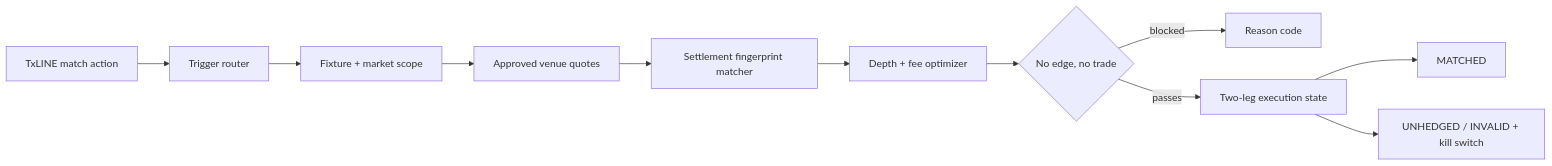
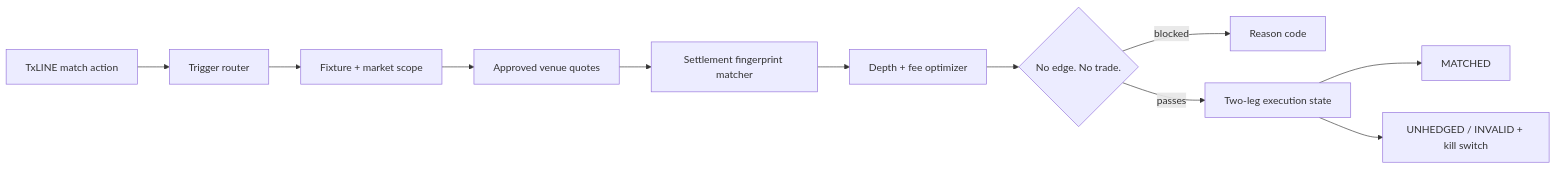
The diagram in README.md (Marcussy34/txBet), drawn with Mermaid before and after one commit. The commit also changed other lines of this file and 27 other files, not shown here.

````diff
--- a/README.md
+++ b/README.md
@@ -171,13 +171,13 @@
 ```mermaid
 flowchart LR
   T[TxLINE match action] --> R[Trigger router]
   R --> S[Fixture + market scope]
   S --> V[Approved venue quotes]
   V --> F[Settlement fingerprint matcher]
   F --> D[Depth + fee optimizer]
-  D --> G{No edge, no trade}
+  D --> G{No edge. No trade.}
   G -->|blocked| N[Reason code]
   G -->|passes| E[Two-leg execution state]
   E --> M[MATCHED]
   E --> U[UNHEDGED / INVALID + kill switch]
 ```
````
